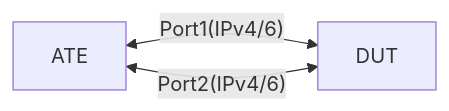
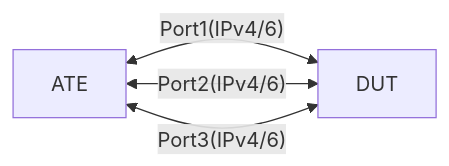
One commit to openconfig/featureprofiles changed the diagram in feature/policy_forwarding/otg_tests/add_remove_policy_bound_interface_test/README.md. Above: the diagram before and after it, drawn with Mermaid. The commit also changed other lines of this file and 3 other files, not shown here.

````diff
--- a/feature/policy_forwarding/otg_tests/add_remove_policy_bound_interface_test/README.md
+++ b/feature/policy_forwarding/otg_tests/add_remove_policy_bound_interface_test/README.md
@@ -16,5 +16,6 @@
 ```mermaid
 graph LR;
 A[ATE] <-- Port1(IPv4/6) --> B[DUT];
 A[ATE] <-- Port2(IPv4/6) --> B[DUT];
+A[ATE] <-- Port3(IPv4/6) --> B[DUT];
 ```
````
